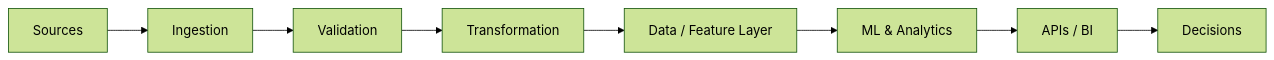
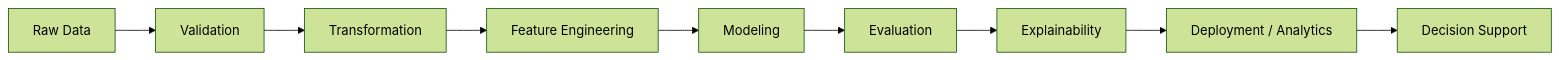
One commit to Nikita3005/Nikita3005 changed the diagram in README.md. Above: the diagram before and after it, drawn with Mermaid (forest theme). The commit also changed other lines of this file, not shown here.

````diff
--- a/README.md
+++ b/README.md
@@ -229,10 +167,11 @@
 ```mermaid
 flowchart LR
-    A["Sources"] --> B["Ingestion"]
-    B --> C["Validation"]
-    C --> D["Transformation"]
-    D --> E["Data / Feature Layer"]
-    E --> F["ML & Analytics"]
-    F --> G["APIs / BI"]
-    G --> H["Decisions"]
+    A["Raw Data"] --> B["Validation"]
+    B --> C["Transformation"]
+    C --> D["Feature Engineering"]
+    D --> E["Modeling"]
+    E --> F["Evaluation"]
+    F --> G["Explainability"]
+    G --> H["Deployment / Analytics"]
+    H --> I["Decision Support"]
 ```
````
